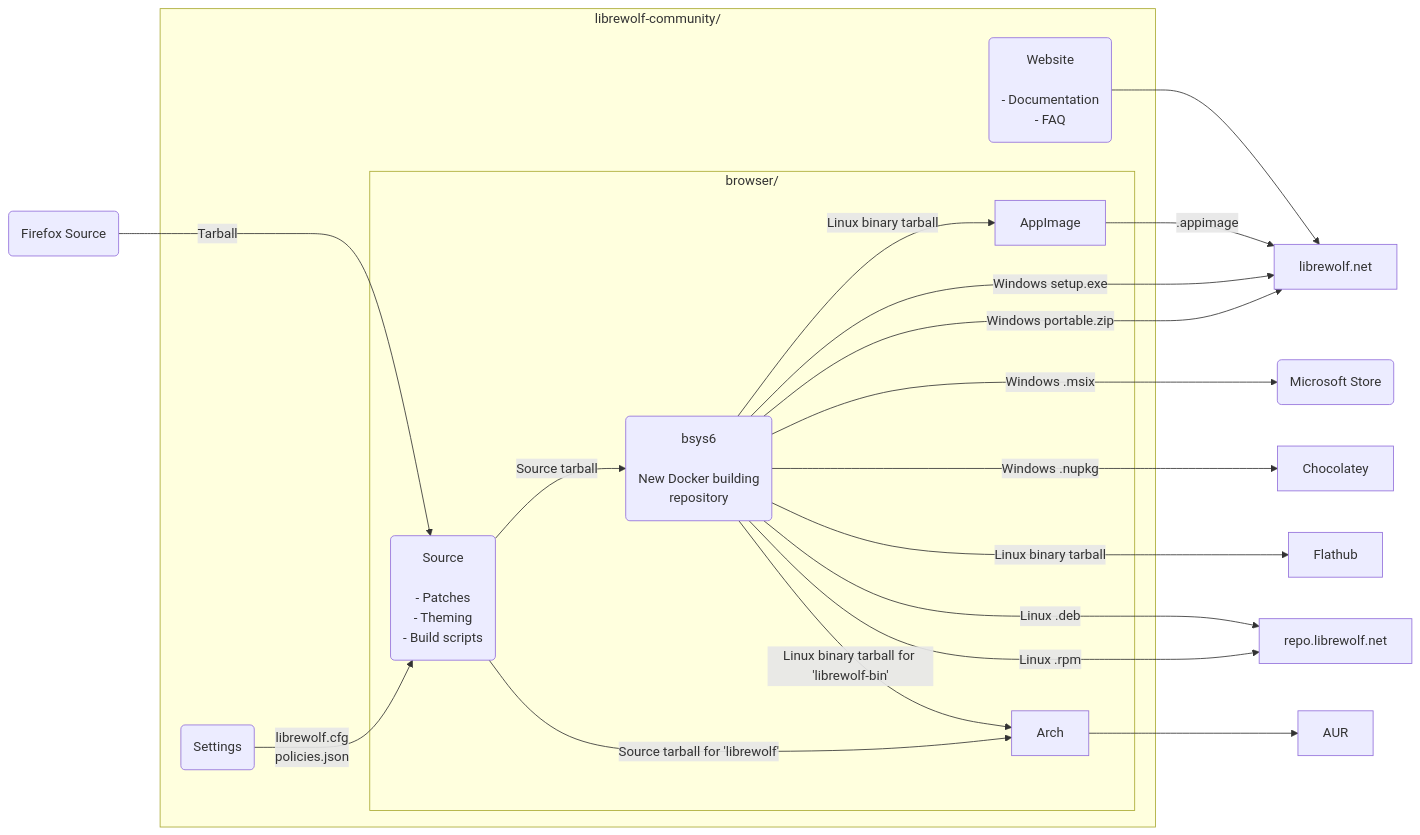
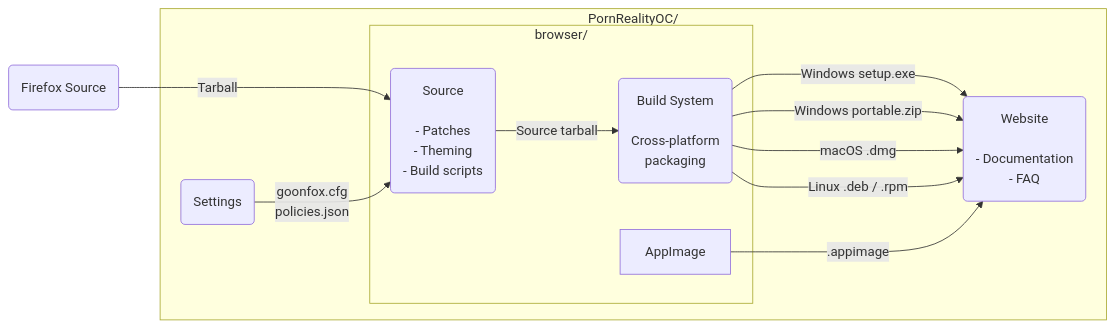
Before and after one commit to PornRealityOC/goonfox: the diagram in README.md, drawn with Mermaid. The commit also changed other lines of this file, not shown here.

Commit message:
Replace LibreWolf README with Goonfox

````diff
--- a/README.md
+++ b/README.md
@@ -7,31 +9,22 @@
 ```mermaid
 graph LR
     FFSRC(Firefox Source)
 
     FFSRC--Tarball--->Source
 
-    subgraph librewolf-community/
-    Settings(Settings)--"librewolf.cfg<br>policies.json"-->Source
+    subgraph PornRealityOC/
+    Settings(Settings)--"goonfox.cfg<br>policies.json"-->Source
     Website(Website<br><br>- Documentation<br>- FAQ)
     subgraph browser/
         Source(Source<br><br>- Patches<br>- Theming<br>- Build scripts)
-        bsys6(bsys6<br><br>New Docker building<br>repository)
+        bsys(Build System<br><br>Cross-platform<br>packaging)
         AppImage
-        Arch
     end
     end
-    Website-->librewolf.net
-    Source--"Source tarball"-->bsys6
-    AppImage--".appimage"-->librewolf.net
-    bsys6--"Windows setup.exe"--->librewolf.net
-    bsys6--"Windows portable.zip"--->librewolf.net
-    bsys6--"Windows .msix"--->MS("Microsoft Store")
-    bsys6--"Windows .nupkg"--->Chocolatey
-    bsys6--"Linux binary tarball"--->Flathub
-    bsys6--"Linux binary tarball"--> AppImage
-    bsys6--"Linux .deb"--->repo.librewolf.net
-    bsys6--"Linux .rpm"--->repo.librewolf.net
-    bsys6--"Linux binary tarball for 'librewolf-bin'"--> Arch
-    Source--"Source tarball for 'librewolf'"-->Arch
-    Arch-->AUR
+    Source--"Source tarball"-->bsys
+    bsys--"Windows setup.exe"--->Website
+    bsys--"Windows portable.zip"--->Website
+    bsys--"macOS .dmg"--->Website
+    bsys--"Linux .deb / .rpm"--->Website
+    AppImage--".appimage"-->Website
 ```
````
